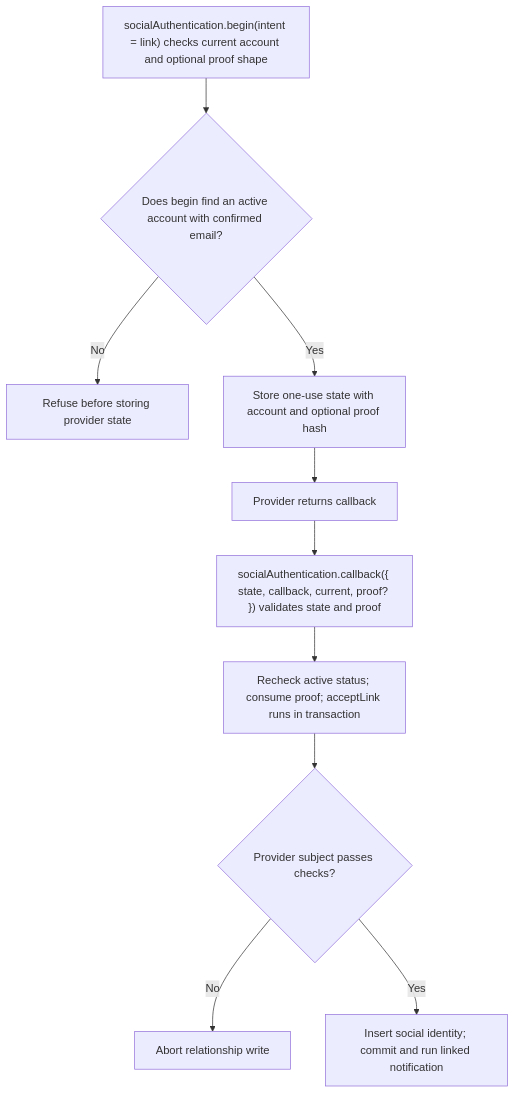
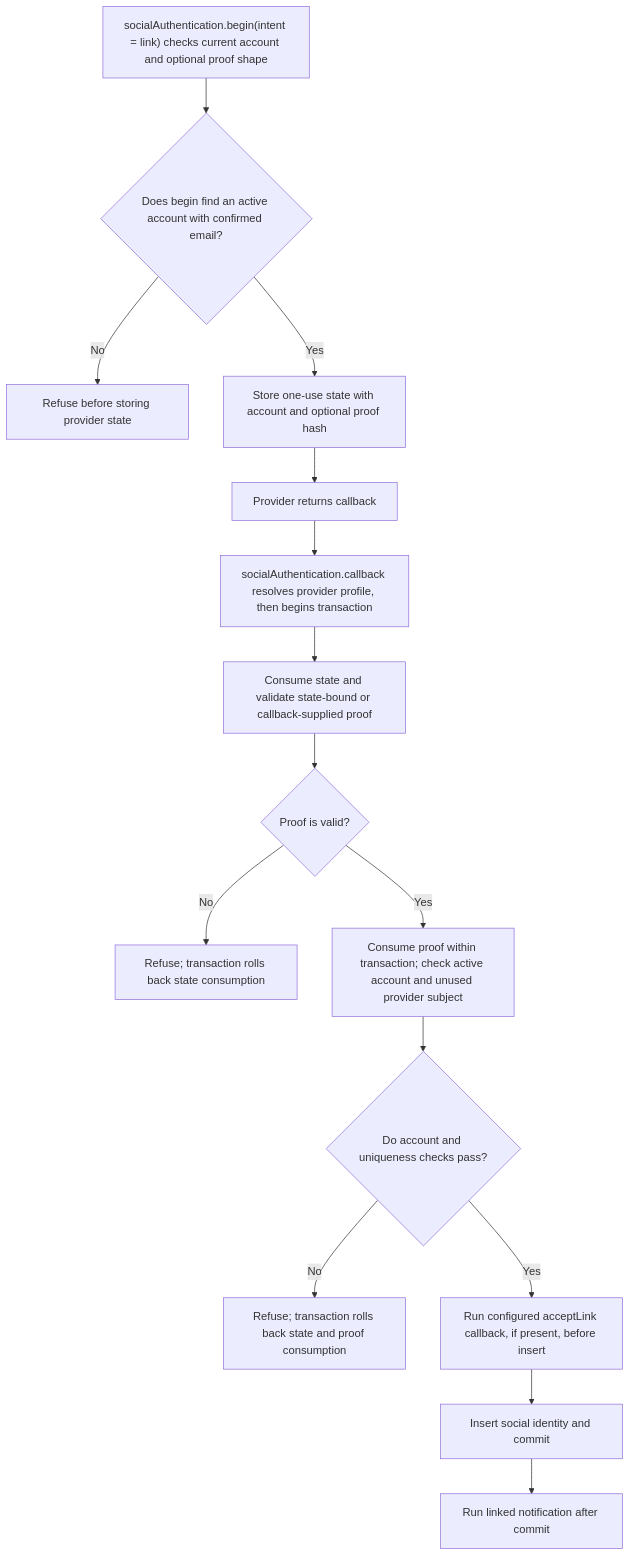
The second of 2 diagrams in user-stories/US-ACCOUNT-21-link-social-identity.md (Kevinjohn/oss-adonisjs-account-kit), drawn with Mermaid before and after one commit. The commit also changed other lines of this file and 3 other files, not shown here.

Commit message:
Correct Account Kit catalogue flow details

````diff
--- a/user-stories/US-ACCOUNT-21-link-social-identity.md
+++ b/user-stories/US-ACCOUNT-21-link-social-identity.md
@@ -34,12 +36,17 @@
 ```mermaid
 flowchart TD
  A["socialAuthentication.begin(intent = link) checks current account and optional proof shape"] --> B{"Does begin find an active account with confirmed email?"}
  B -->|No| C["Refuse before storing provider state"]
  B -->|Yes| D["Store one-use state with account and optional proof hash"]
  D --> E["Provider returns callback"]
- E --> F["socialAuthentication.callback({ state, callback, current, proof? }) validates state and proof"]
- F --> G["Recheck active status; consume proof; acceptLink runs in transaction"]
- G --> H{"Provider subject passes checks?"}
- H -->|No| I["Abort relationship write"]
- H -->|Yes| J["Insert social identity; commit and run linked notification"]
+ E --> F["socialAuthentication.callback resolves provider profile, then begins transaction"]
+ F --> G["Consume state and validate state-bound or callback-supplied proof"]
+ G --> H{"Proof is valid?"}
+ H -->|No| I["Refuse; transaction rolls back state consumption"]
+ H -->|Yes| J["Consume proof within transaction; check active account and unused provider subject"]
+ J --> K{"Do account and uniqueness checks pass?"}
+ K -->|No| L["Refuse; transaction rolls back state and proof consumption"]
+ K -->|Yes| M["Run configured acceptLink callback, if present, before insert"]
+ M --> N["Insert social identity and commit"]
+ N --> O["Run linked notification after commit"]
 ```
````
